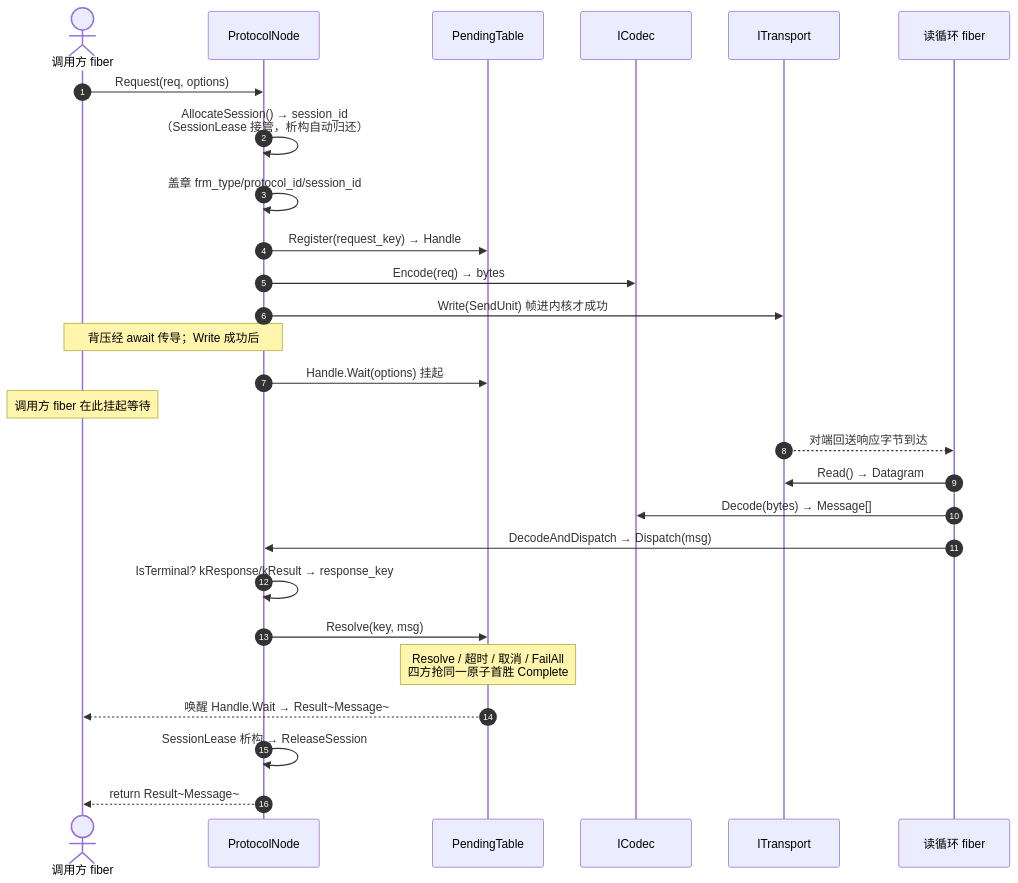
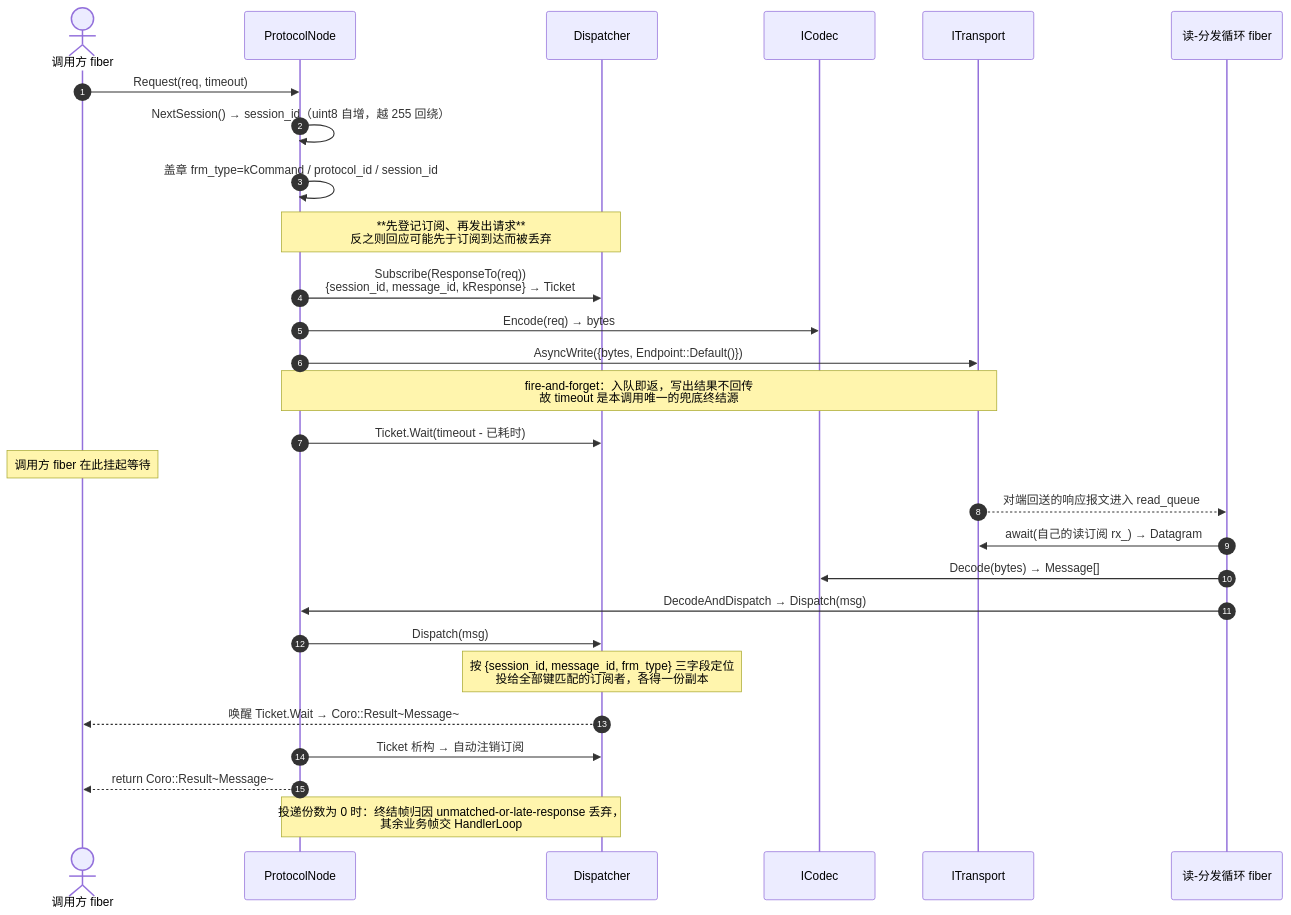
The diagram in docs/diagrams/seq-request-response.mmd (Ste7an-cs/Transport), drawn with Mermaid before and after one commit. The commit also changed 20 other files, not shown here.

First line of the commit message:
docs(diagrams): 按 ADR-0008 重绘九张图，同步 SDD 图注与追溯矩阵

```diff
--- a/docs/diagrams/seq-request-response.mmd
+++ b/docs/diagrams/seq-request-response.mmd
@@ -1,29 +1,31 @@
 sequenceDiagram
     autonumber
     actor C as 调用方 fiber
     participant N as ProtocolNode
-    participant P as PendingTable
+    participant D as Dispatcher
     participant K as ICodec
     participant T as ITransport
-    participant R as 读循环 fiber
+    participant R as 读-分发循环 fiber
 
-    C->>N: Request(req, options)
-    N->>N: AllocateSession() → session_id<br/>（SessionLease 接管，析构自动归还）
-    N->>N: 盖章 frm_type/protocol_id/session_id
-    N->>P: Register(request_key) → Handle
+    C->>N: Request(req, timeout)
+    N->>N: NextSession() → session_id（uint8 自增，越 255 回绕）
+    N->>N: 盖章 frm_type=kCommand / protocol_id / session_id
+    Note over N,D: **先登记订阅、再发出请求**<br/>反之则回应可能先于订阅到达而被丢弃
+    N->>D: Subscribe(ResponseTo(req))<br/>{session_id, message_id, kResponse} → Ticket
     N->>K: Encode(req) → bytes
-    N->>T: Write(SendUnit) 帧进内核才成功
-    Note over C,N: 背压经 await 传导；Write 成功后
-    N->>P: Handle.Wait(options) 挂起
+    N->>T: AsyncWrite({bytes, Endpoint::Default()})
+    Note over N,T: fire-and-forget：入队即返，写出结果不回传<br/>故 timeout 是本调用唯一的兜底终结源
+    N->>D: Ticket.Wait(timeout - 已耗时)
     Note over C: 调用方 fiber 在此挂起等待
 
-    T-->>R: 对端回送响应字节到达
-    R->>T: Read() → Datagram
+    T-->>R: 对端回送的响应报文进入 read_queue
+    R->>T: await(自己的读订阅 rx_) → Datagram
     R->>K: Decode(bytes) → Message[]
     R->>N: DecodeAndDispatch → Dispatch(msg)
-    N->>N: IsTerminal? kResponse/kResult → response_key
-    N->>P: Resolve(key, msg)
-    Note over P: Resolve / 超时 / 取消 / FailAll<br/>四方抢同一原子首胜 Complete
-    P-->>C: 唤醒 Handle.Wait → Result~Message~
-    N->>N: SessionLease 析构 → ReleaseSession
-    N-->>C: return Result~Message~
+    N->>D: Dispatch(msg)
+    Note over D: 按 {session_id, message_id, frm_type} 三字段定位<br/>投给全部键匹配的订阅者，各得一份副本
+    D-->>C: 唤醒 Ticket.Wait → Coro::Result~Message~
+    N->>D: Ticket 析构 → 自动注销订阅
+    N-->>C: return Coro::Result~Message~
+
+    Note over D,N: 投递份数为 0 时：终结帧归因 unmatched-or-late-response 丢弃，<br/>其余业务帧交 HandlerLoop
```
